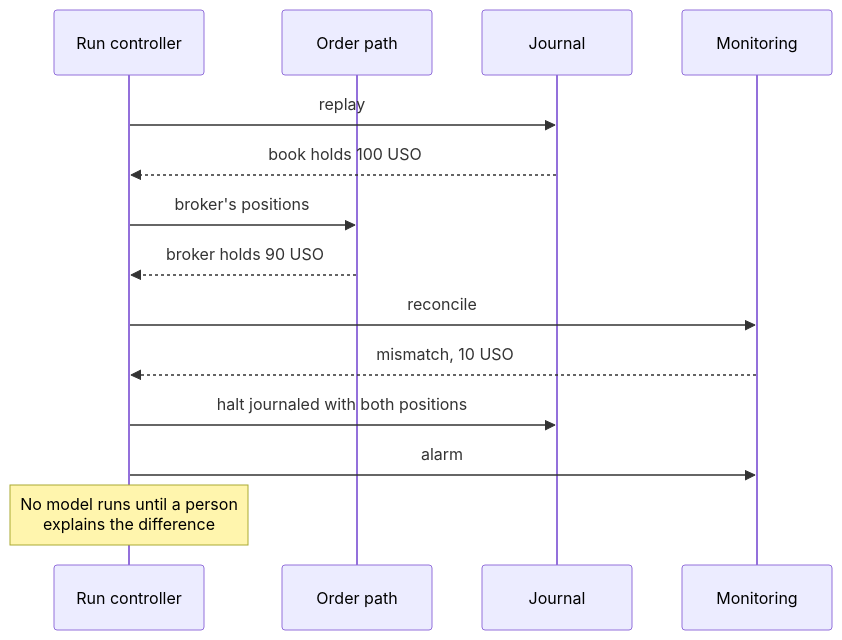
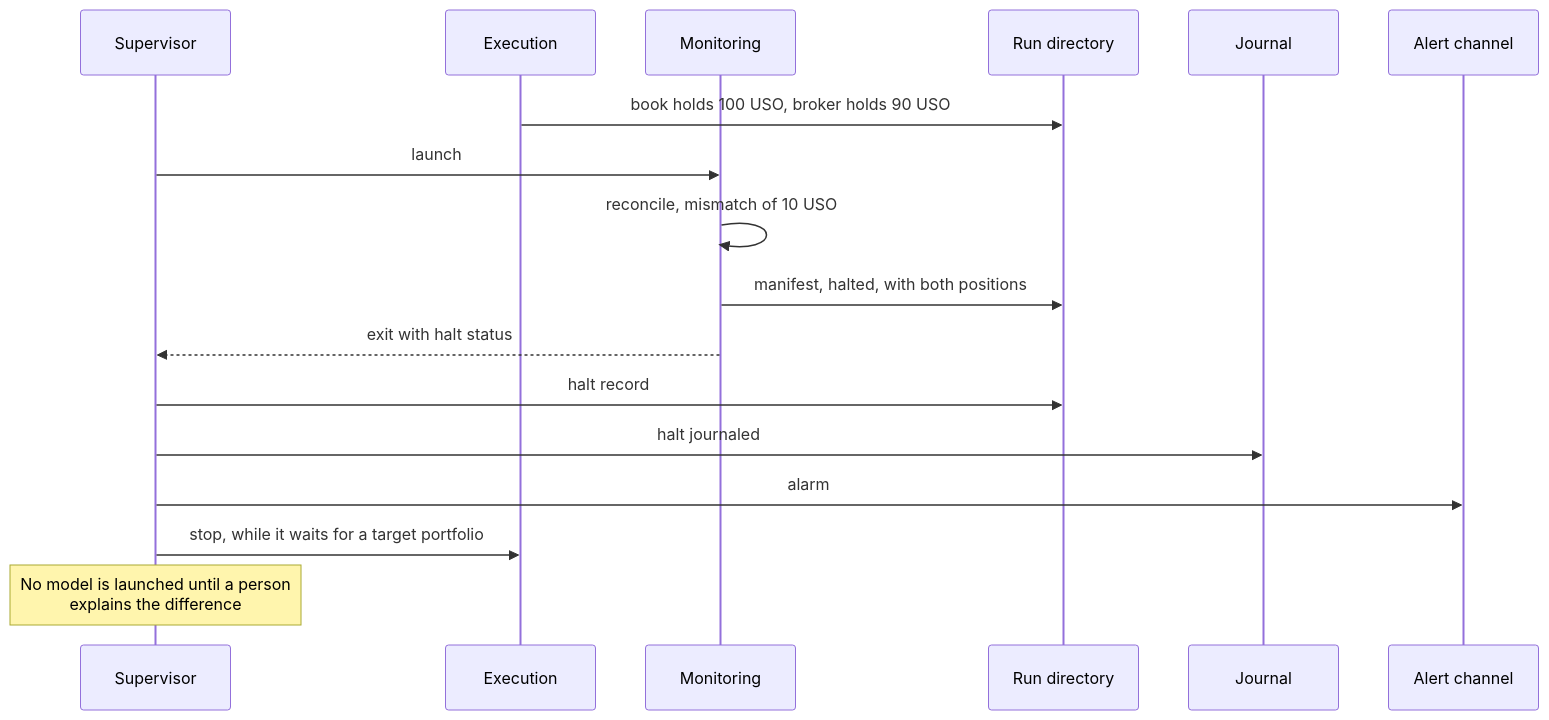
Before and after one commit to l3a0/ithildin-runtime: the eighth of 16 diagrams in docs/architecture.md, drawn with Mermaid. The commit also changed other lines of this file and 2 other files, not shown here.

First line of the commit message:
docs(architecture): run each module as its own worker, passing files

````diff
--- a/docs/architecture.md
+++ b/docs/architecture.md
@@ -590,17 +658,20 @@
 ```mermaid
 sequenceDiagram
-    participant R as Run controller
-    participant X as Order path
+    participant V as Supervisor
+    participant X as Execution
+    participant M as Monitoring
+    participant F as Run directory
     participant J as Journal
-    participant M as Monitoring
+    participant L as Alert channel
 
-    R->>J: replay
-    J-->>R: book holds 100 USO
-    R->>X: broker's positions
-    X-->>R: broker holds 90 USO
-    R->>M: reconcile
-    M-->>R: mismatch, 10 USO
-    R->>J: halt journaled with both positions
-    R->>M: alarm
-    Note over R: No model runs until a person<br/>explains the difference
+    X->>F: book holds 100 USO, broker holds 90 USO
+    V->>M: launch
+    M->>M: reconcile, mismatch of 10 USO
+    M->>F: manifest, halted, with both positions
+    M-->>V: exit with halt status
+    V->>F: halt record
+    V->>J: halt journaled
+    V->>L: alarm
+    V->>X: stop, while it waits for a target portfolio
+    Note over V: No model is launched until a person<br/>explains the difference
 ```
````
